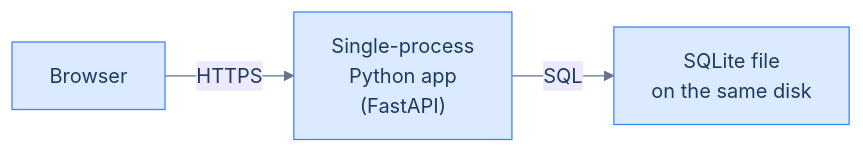
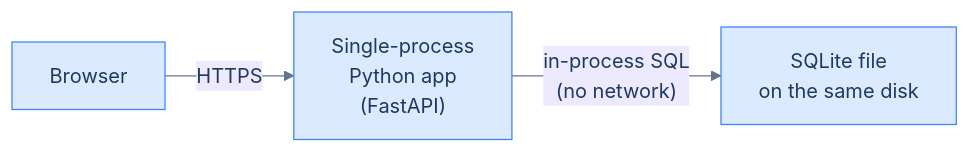
Before and after one commit to ani2fun/codefolio: the diagram in content/cortex/system-design/01-foundations/01-what-system-design-means.md, drawn with Mermaid. The commit also changed other lines of this file and 718 other files, not shown here.

````diff
--- a/content/cortex/system-design/01-foundations/01-what-system-design-means.md
+++ b/content/cortex/system-design/01-foundations/01-what-system-design-means.md
@@ -100,16 +100,16 @@
 ```mermaid
 ---
 config:
   theme: base
   themeVariables:
     primaryColor: "#dbeafe"
     primaryBorderColor: "#3b82f6"
     primaryTextColor: "#1e3a5f"
     lineColor: "#64748b"
     secondaryColor: "#ede9fe"
     tertiaryColor: "#fef9c3"
 ---
 flowchart LR
     User["Browser"] -->|"HTTPS"| App["Single-process<br/>Python app<br/>(FastAPI)"]
-    App -->|"SQL"| DB["SQLite file<br/>on the same disk"]
+    App -->|"in-process SQL<br/>(no network)"| DB["SQLite file<br/>on the same disk"]
 ```
````
